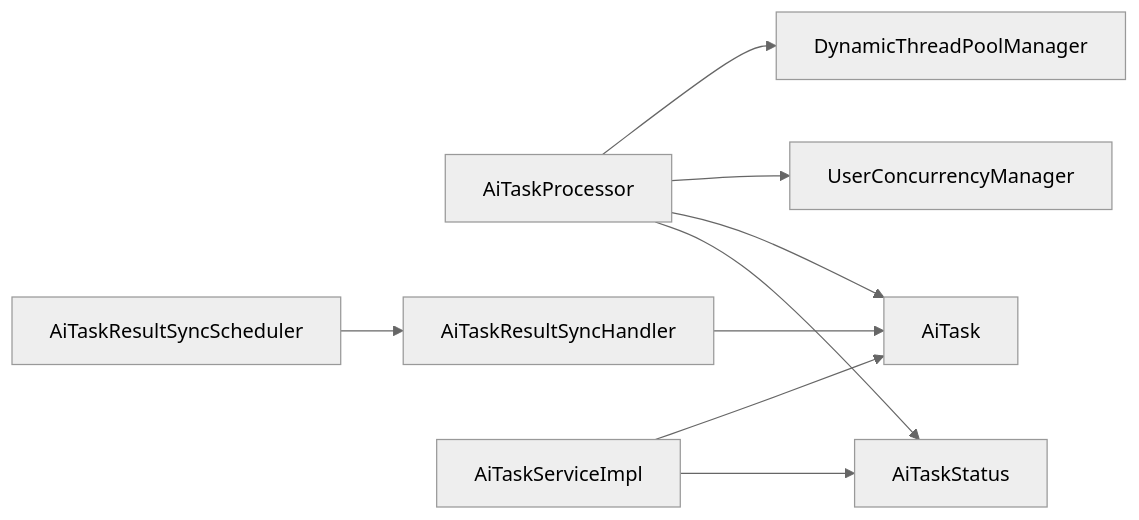
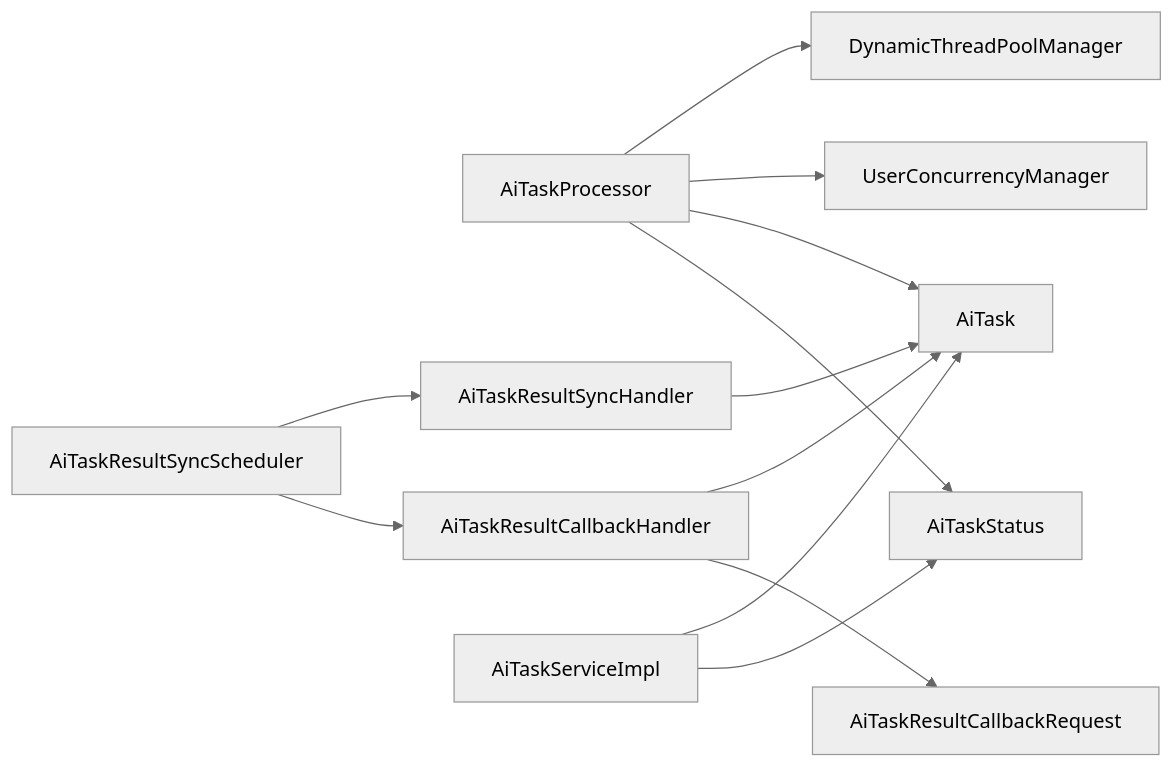
Before and after one commit to DrunkFood/First: the tenth of 10 diagrams in .qoder/repowiki/zh/content/后端服务/AI处理服务 (ele-ai-tender-ai)/异步任务处理与线程池管理/AI任务生命周期管理.md, drawn with Mermaid (neutral theme). The commit also changed other lines of this file and 58 other files, not shown here.

````diff
--- a/.qoder/repowiki/zh/content/后端服务/AI处理服务 (ele-ai-tender-ai)/异步任务处理与线程池管理/AI任务生命周期管理.md
+++ b/.qoder/repowiki/zh/content/后端服务/AI处理服务 (ele-ai-tender-ai)/异步任务处理与线程池管理/AI任务生命周期管理.md
@@ -346,11 +445,14 @@
 ```mermaid
 graph LR
 Processor["AiTaskProcessor"] --> Pool["DynamicThreadPoolManager"]
 Processor --> Concurrency["UserConcurrencyManager"]
 Processor --> Entity["AiTask"]
 Processor --> Status["AiTaskStatus"]
 SyncSch["AiTaskResultSyncScheduler"] --> SyncH["AiTaskResultSyncHandler"]
+SyncSch --> Callback["AiTaskResultCallbackHandler"]
 SyncH --> Entity
+Callback --> Entity
+Callback --> Request["AiTaskResultCallbackRequest"]
 Service["AiTaskServiceImpl"] --> Entity
 Service --> Status
 ```
````
